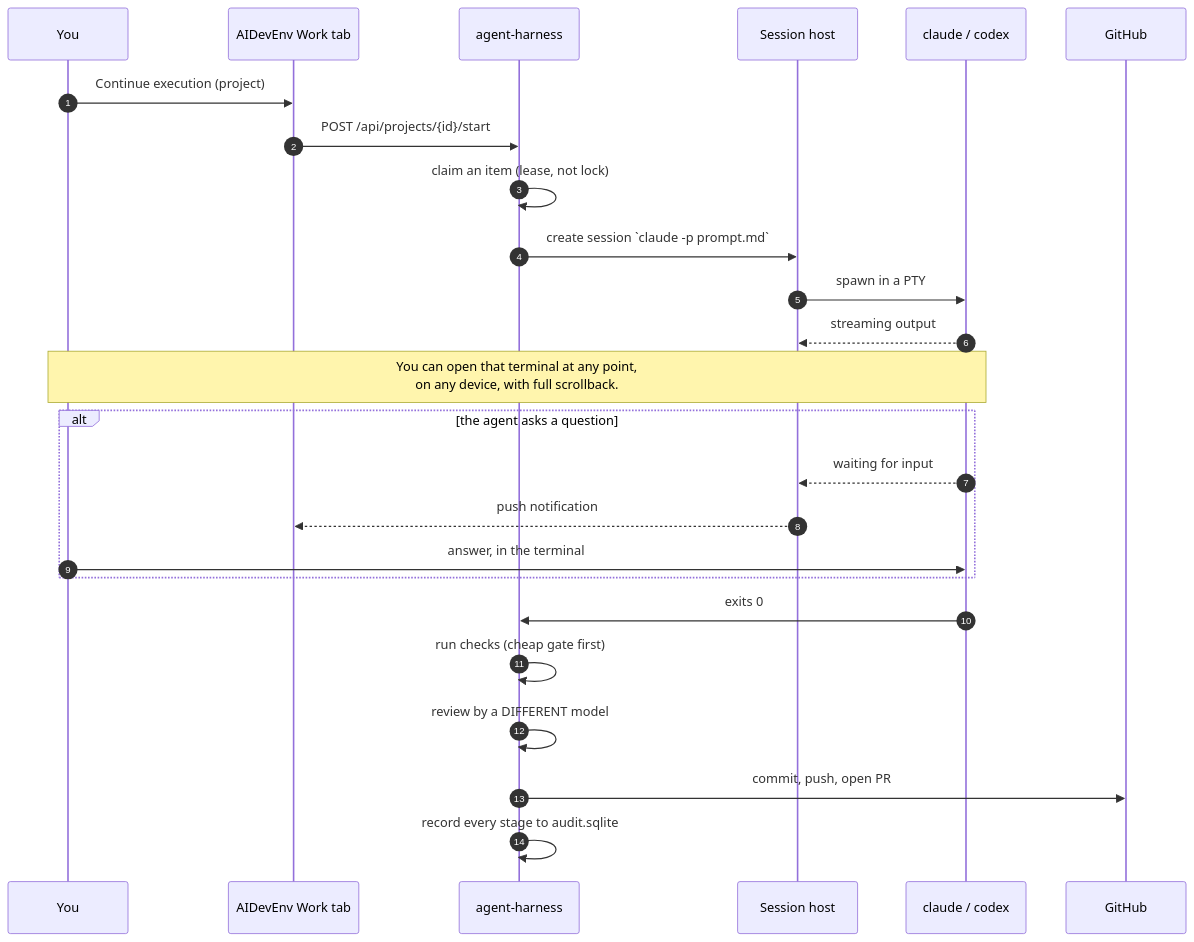
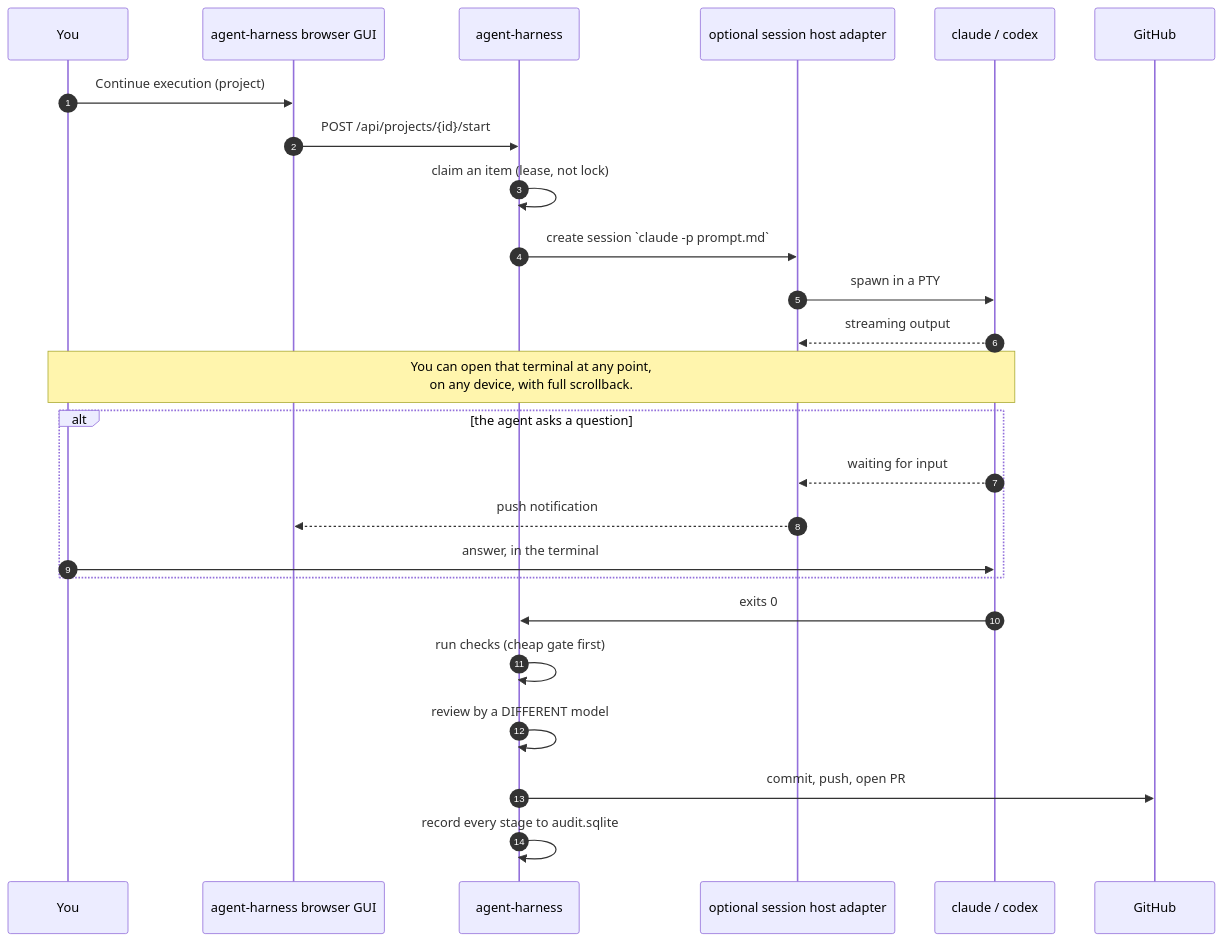
Before and after one commit to TheDancingDeveloper-org/agent-harness: the second of 7 diagrams in docs/ARCHITECTURE.md, drawn with Mermaid. The commit also changed other lines of this file and 36 other files, not shown here.

````diff
--- a/docs/ARCHITECTURE.md
+++ b/docs/ARCHITECTURE.md
@@ -76,31 +77,31 @@
 ```mermaid
 sequenceDiagram
     autonumber
     participant You
-    participant GUI as AIDevEnv Work tab
+    participant GUI as agent-harness browser GUI
     participant H as agent-harness
-    participant S as Session host
+    participant S as optional session host adapter
     participant A as claude / codex
     participant G as GitHub
 
     You->>GUI: Continue execution (project)
     GUI->>H: POST /api/projects/{id}/start
     H->>H: claim an item (lease, not lock)
     H->>S: create session `claude -p prompt.md`
     S->>A: spawn in a PTY
     A-->>S: streaming output
 
     Note over You,A: You can open that terminal at any point,<br/>on any device, with full scrollback.
 
     alt the agent asks a question
         A-->>S: waiting for input
         S-->>GUI: push notification
         You->>A: answer, in the terminal
     end
 
     A->>H: exits 0
     H->>H: run checks (cheap gate first)
     H->>H: review by a DIFFERENT model
     H->>G: commit, push, open PR
     H->>H: record every stage to audit.sqlite
 ```
````
